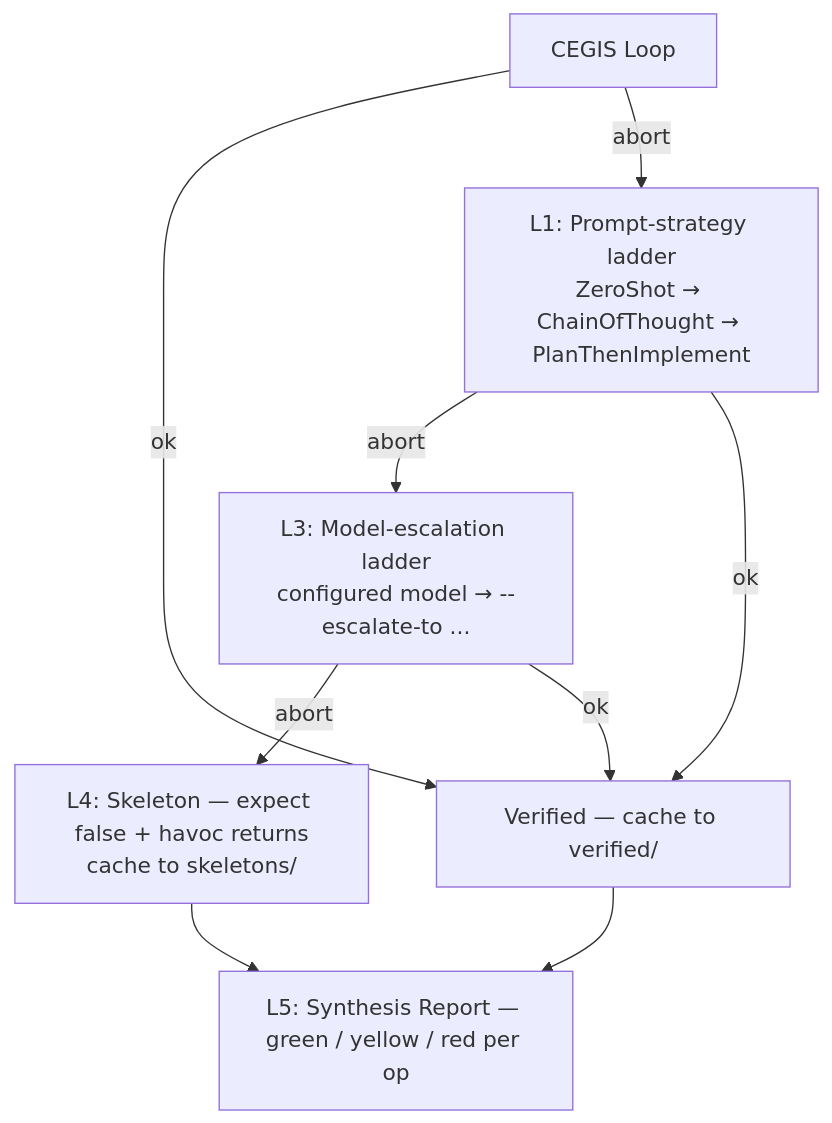
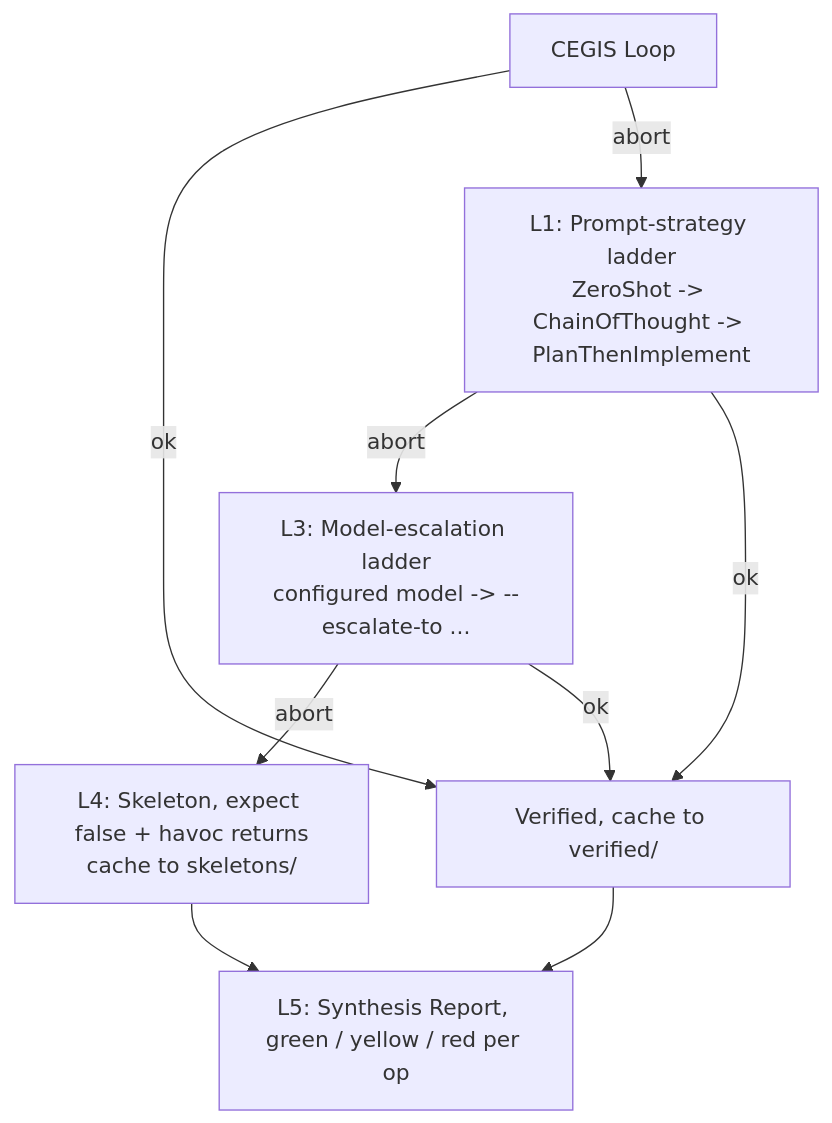
One commit to HardMax71/spec_to_rest changed the second of 2 diagrams in docs/content/docs/synth/llm-integration.mdx. Above: the diagram before and after it, drawn with Mermaid. The commit also changed other lines of this file and 42 other files, not shown here.

````diff
--- a/docs/content/docs/synth/llm-integration.mdx
+++ b/docs/content/docs/synth/llm-integration.mdx
@@ -375,12 +446,12 @@
 ```mermaid
 flowchart TD
   CEGIS["CEGIS Loop"]
-  CEGIS -->|ok| V["Verified — cache to verified/"]
-  CEGIS -->|abort| L1["L1: Prompt-strategy ladder<br/>ZeroShot → ChainOfThought → PlanThenImplement"]
-  L1 -->|abort| L3["L3: Model-escalation ladder<br/>configured model → --escalate-to ..."]
-  L3 -->|abort| L4["L4: Skeleton — expect false + havoc returns<br/>cache to skeletons/"]
+  CEGIS -->|ok| V["Verified, cache to verified/"]
+  CEGIS -->|abort| L1["L1: Prompt-strategy ladder<br/>ZeroShot -> ChainOfThought -> PlanThenImplement"]
+  L1 -->|abort| L3["L3: Model-escalation ladder<br/>configured model -> --escalate-to ..."]
+  L3 -->|abort| L4["L4: Skeleton, expect false + havoc returns<br/>cache to skeletons/"]
   L1 -->|ok| V
   L3 -->|ok| V
-  L4 --> Report["L5: Synthesis Report — green / yellow / red per op"]
+  L4 --> Report["L5: Synthesis Report, green / yellow / red per op"]
   V --> Report
 ```
````
